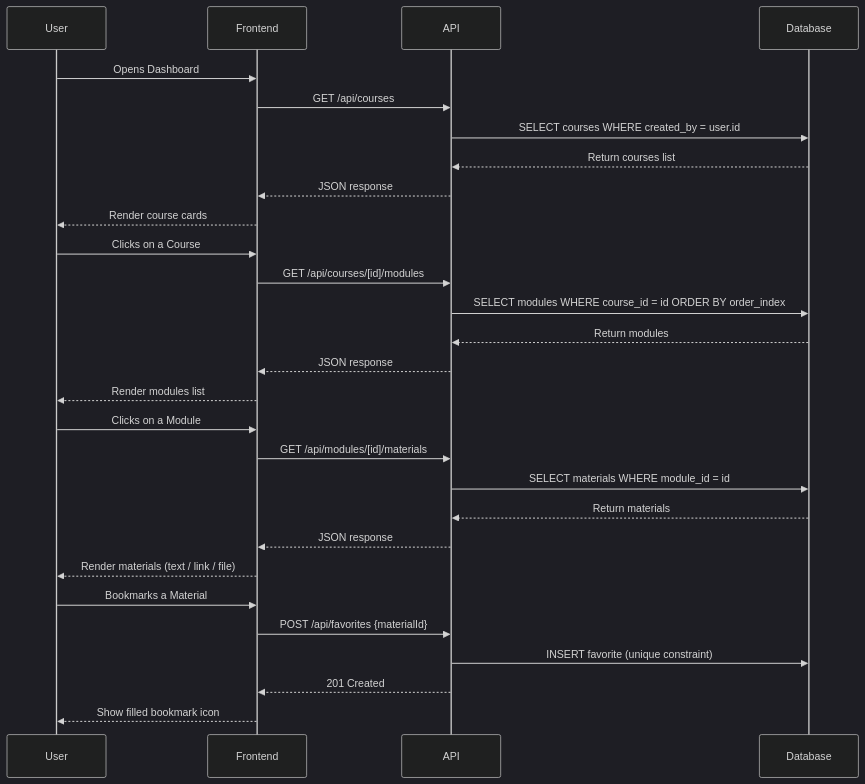
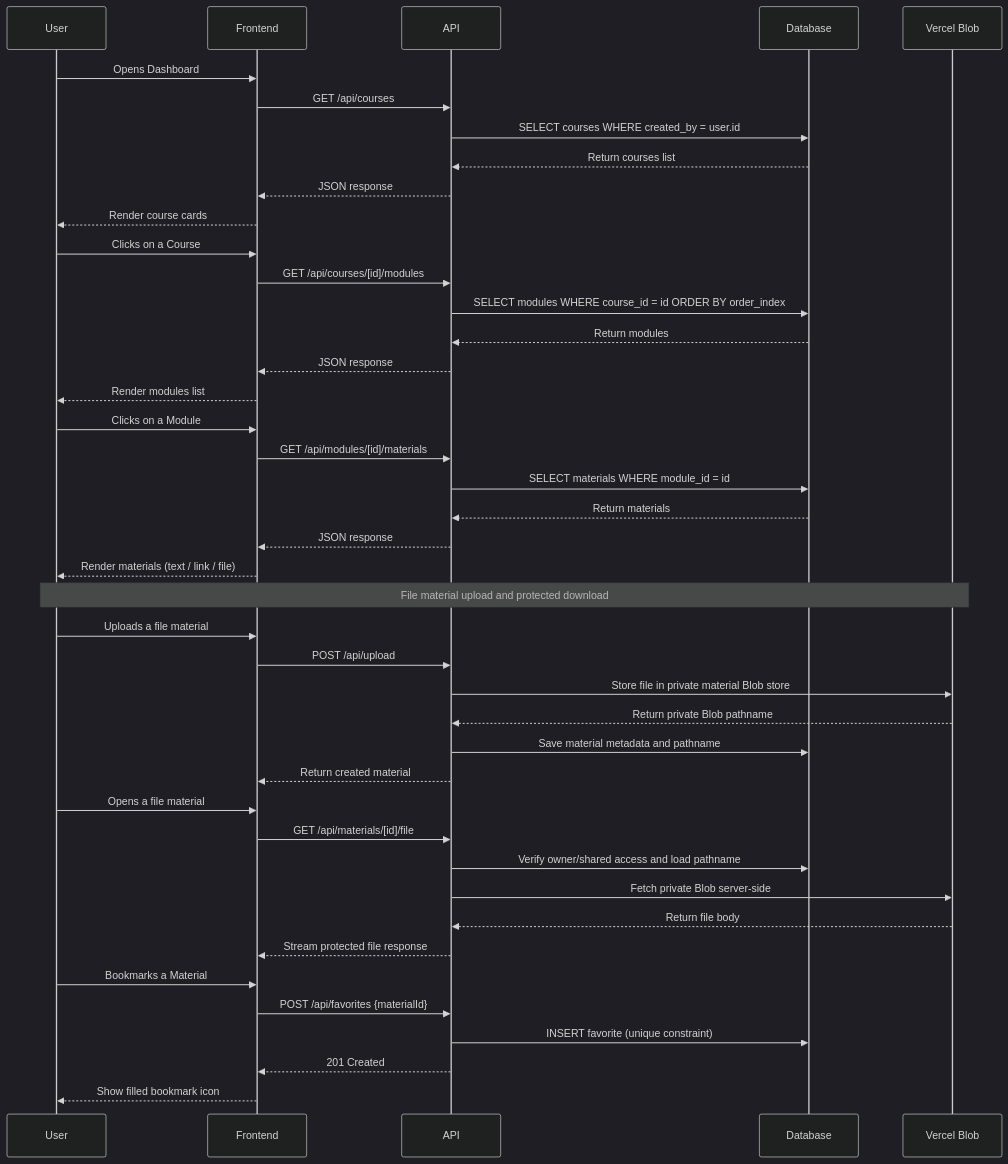
One commit to mariva565/mariva565-full-stack-ai-capstone changed the third of 4 diagrams in README.md. Above: the diagram before and after it, drawn with Mermaid (dark theme). The commit also changed other lines of this file and 1 other file, not shown here.

Commit message:
feat: document Vercel Blob storage integration and file handling workflows in README and dev-log

````diff
--- a/README.md
+++ b/README.md
@@ -292,34 +304,50 @@
 ```mermaid
 sequenceDiagram
     participant U as User
     participant F as Frontend
     participant A as API
     participant D as Database
+    participant B as Vercel Blob
 
     U->>F: Opens Dashboard
     F->>A: GET /api/courses
     A->>D: SELECT courses WHERE created_by = user.id
     D-->>A: Return courses list
     A-->>F: JSON response
     F-->>U: Render course cards
 
     U->>F: Clicks on a Course
     F->>A: GET /api/courses/[id]/modules
     A->>D: SELECT modules WHERE course_id = id ORDER BY order_index
     D-->>A: Return modules
     A-->>F: JSON response
     F-->>U: Render modules list
 
     U->>F: Clicks on a Module
     F->>A: GET /api/modules/[id]/materials
     A->>D: SELECT materials WHERE module_id = id
     D-->>A: Return materials
     A-->>F: JSON response
     F-->>U: Render materials (text / link / file)
 
+    Note over U,B: File material upload and protected download
+    U->>F: Uploads a file material
+    F->>A: POST /api/upload
+    A->>B: Store file in private material Blob store
+    B-->>A: Return private Blob pathname
+    A->>D: Save material metadata and pathname
+    A-->>F: Return created material
+
+    U->>F: Opens a file material
+    F->>A: GET /api/materials/[id]/file
+    A->>D: Verify owner/shared access and load pathname
+    A->>B: Fetch private Blob server-side
+    B-->>A: Return file body
+    A-->>F: Stream protected file response
+
     U->>F: Bookmarks a Material
     F->>A: POST /api/favorites {materialId}
     A->>D: INSERT favorite (unique constraint)
     A-->>F: 201 Created
     F-->>U: Show filled bookmark icon
 ```
````
